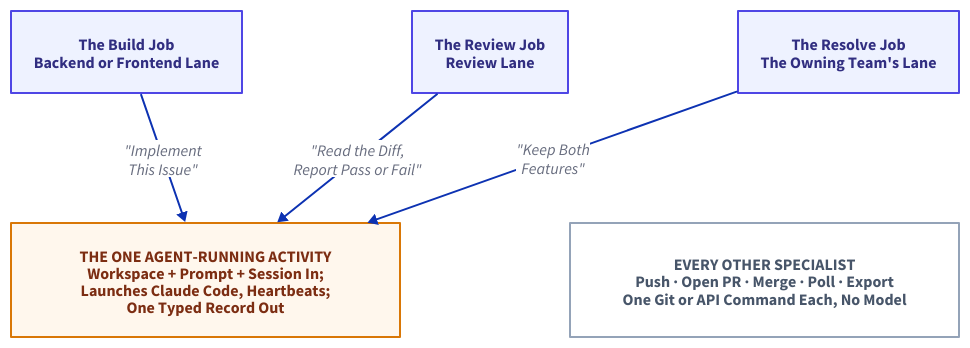
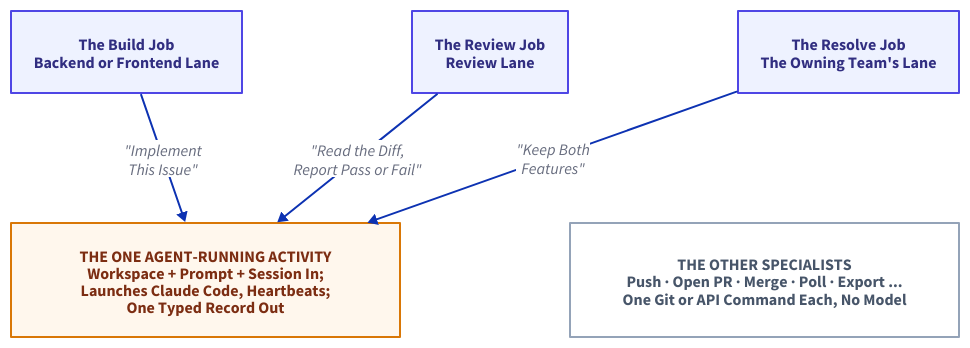
One commit to thumarrushik/crash-proof-team-of-coding-agents changed the diagram in assets/diagram-src/one-activity-many-roles.d2. Above: the diagram before and after it, drawn with D2. The commit also changed 5 other files, not shown here.

```diff
--- a/assets/diagram-src/one-activity-many-roles.d2
+++ b/assets/diagram-src/one-activity-many-roles.d2
@@ -1,31 +1,33 @@
 # One agent-running activity, many roles: the build, review, and resolve jobs
 # all call the SAME sealed function with different arguments (prompt, skills,
 # queue); every other specialist is a mechanical git/API command with no model.
 # NEW for the flagship (2026-09-02): drawn for the "a role is a set of
 # arguments" passage in Nine Specialists. 3+2 grid, callers on top.
 grid-rows: 2
 horizontal-gap: 170
 vertical-gap: 130
 
 build: "The Build Job\nBackend or Frontend Lane" {
   style: {fill: "#eef2ff"; stroke: "#4f46e5"; font-color: "#312e81"; bold: true}
 }
 review: "The Review Job\nReview Lane" {
   style: {fill: "#eef2ff"; stroke: "#4f46e5"; font-color: "#312e81"; bold: true}
 }
 resolve: "The Resolve Job\nThe Owning Team's Lane" {
   style: {fill: "#eef2ff"; stroke: "#4f46e5"; font-color: "#312e81"; bold: true}
 }
 
 agent: "THE ONE AGENT-RUNNING ACTIVITY\nWorkspace + Prompt + Session In;\nLaunches Claude Code, Heartbeats;\nOne Typed Record Out" {
   style: {fill: "#fff7ed"; stroke: "#d97706"; font-color: "#7c2d12"; bold: true}
 }
-mech: "EVERY OTHER SPECIALIST\nPush · Open PR · Merge · Poll · Export\nOne Git or API Command Each, No Model" {
+# "THE OTHER SPECIALISTS ... " with a trailing ellipsis: the roster has eight
+# non-model activities; this panel samples five and must not read as exhaustive.
+mech: "THE OTHER SPECIALISTS\nPush · Open PR · Merge · Poll · Export ...\nOne Git or API Command Each, No Model" {
   style: {fill: "#ffffff"; stroke: "#94a3b8"; font-color: "#475569"; bold: true}
 }
 
 # No caller->mech edges: they crossed the solid arrows and their labels
 # collided; the mech box stands as the contrast panel, its text carrying it.
 build -> agent: "\"Implement\nThis Issue\""
 review -> agent: "\"Read the Diff,\nReport Pass or Fail\""
 resolve -> agent: "\"Keep Both\nFeatures\""
```
